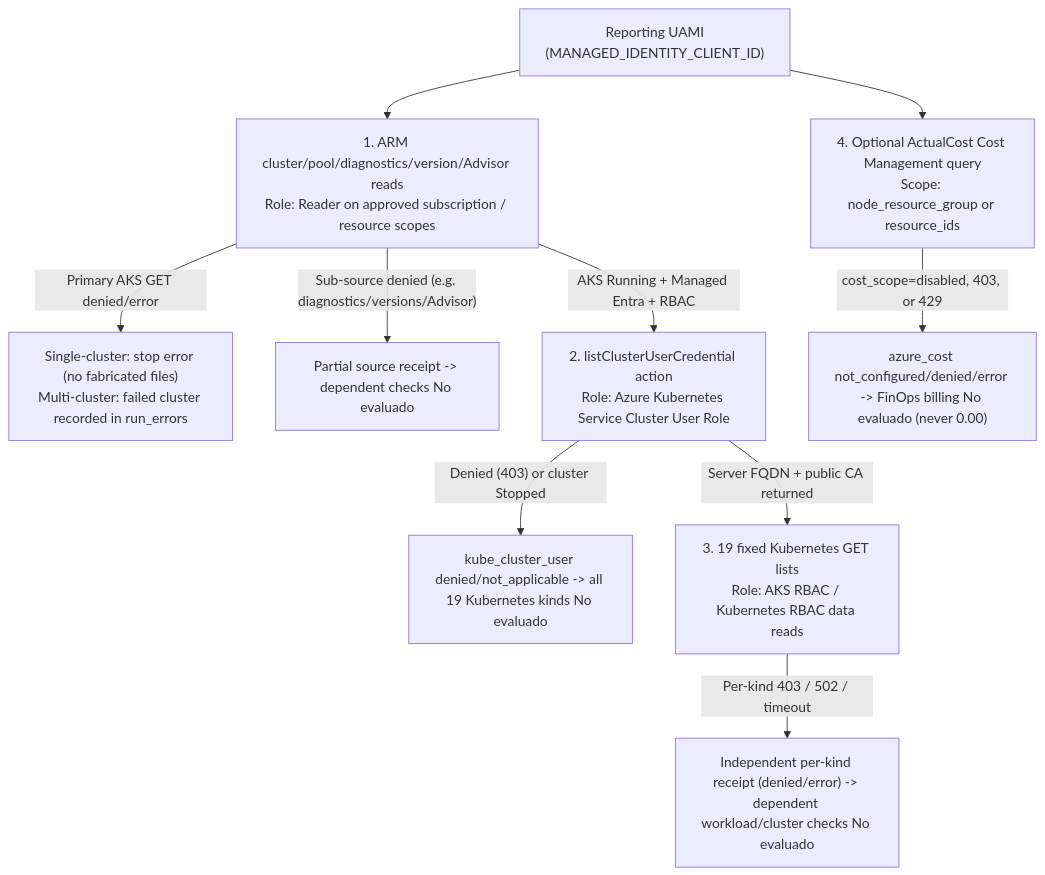
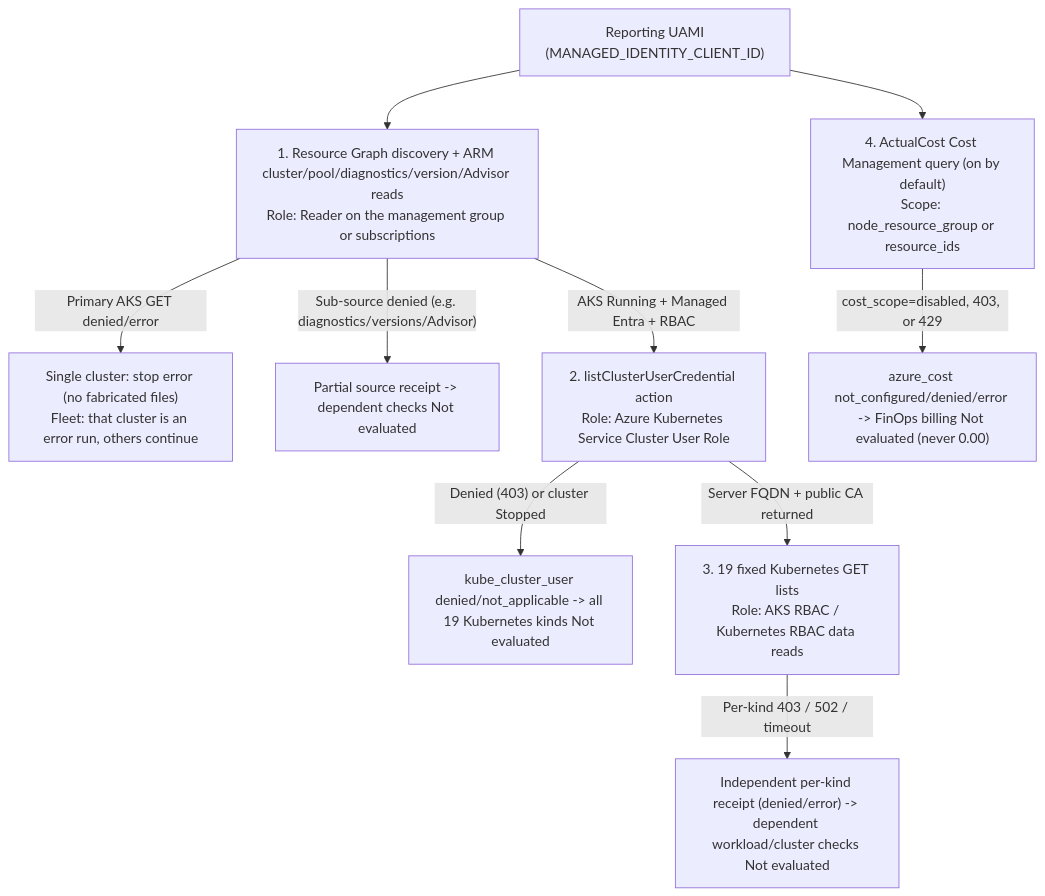
The third of 3 diagrams in kit-aks-databricks-es/01-aks-well-architected-review/README.md (marioaguileraaa/sre-agent-use-cases), drawn with Mermaid before and after one commit. The commit also changed other lines of this file and 73 other files, not shown here.

````diff
--- a/kit-aks-databricks-es/01-aks-well-architected-review/README.md
+++ b/kit-aks-databricks-es/01-aks-well-architected-review/README.md
@@ -311,12 +369,12 @@
 ```mermaid
 flowchart TD
-    U["Reporting UAMI<br/>(MANAGED_IDENTITY_CLIENT_ID)"] --> B1["1. ARM cluster/pool/diagnostics/version/Advisor reads<br/>Role: Reader on approved subscription / resource scopes"]
-    B1 -->|"Primary AKS GET denied/error"| E1["Single-cluster: stop error (no fabricated files)<br/>Multi-cluster: failed cluster recorded in run_errors"]
-    B1 -->|"Sub-source denied (e.g. diagnostics/versions/Advisor)"| P1["Partial source receipt -> dependent checks No evaluado"]
+    U["Reporting UAMI<br/>(MANAGED_IDENTITY_CLIENT_ID)"] --> B1["1. Resource Graph discovery + ARM cluster/pool/diagnostics/version/Advisor reads<br/>Role: Reader on the management group or subscriptions"]
+    B1 -->|"Primary AKS GET denied/error"| E1["Single cluster: stop error (no fabricated files)<br/>Fleet: that cluster is an error run, others continue"]
+    B1 -->|"Sub-source denied (e.g. diagnostics/versions/Advisor)"| P1["Partial source receipt -> dependent checks Not evaluated"]
     B1 -->|"AKS Running + Managed Entra + RBAC"| B2["2. listClusterUserCredential action<br/>Role: Azure Kubernetes Service Cluster User Role"]
-    B2 -->|"Denied (403) or cluster Stopped"| P2["kube_cluster_user denied/not_applicable -> all 19 Kubernetes kinds No evaluado"]
+    B2 -->|"Denied (403) or cluster Stopped"| P2["kube_cluster_user denied/not_applicable -> all 19 Kubernetes kinds Not evaluated"]
     B2 -->|"Server FQDN + public CA returned"| B3["3. 19 fixed Kubernetes GET lists<br/>Role: AKS RBAC / Kubernetes RBAC data reads"]
-    B3 -->|"Per-kind 403 / 502 / timeout"| P3["Independent per-kind receipt (denied/error) -> dependent workload/cluster checks No evaluado"]
-    U --> B4["4. Optional ActualCost Cost Management query<br/>Scope: node_resource_group or resource_ids"]
-    B4 -->|"cost_scope=disabled, 403, or 429"| P4["azure_cost not_configured/denied/error -> FinOps billing No evaluado (never 0.00)"]
+    B3 -->|"Per-kind 403 / 502 / timeout"| P3["Independent per-kind receipt (denied/error) -> dependent workload/cluster checks Not evaluated"]
+    U --> B4["4. ActualCost Cost Management query (on by default)<br/>Scope: node_resource_group or resource_ids"]
+    B4 -->|"cost_scope=disabled, 403, or 429"| P4["azure_cost not_configured/denied/error -> FinOps billing Not evaluated (never 0.00)"]
 ```
````
